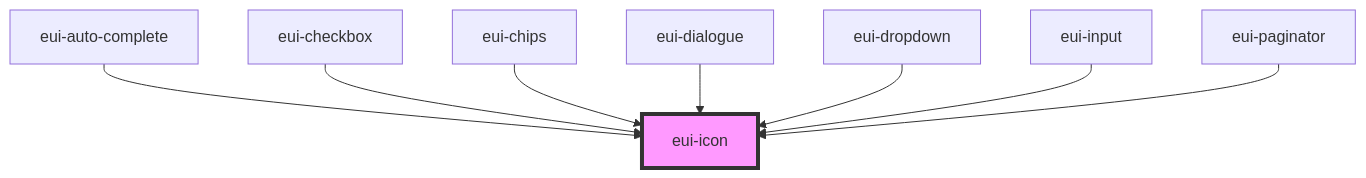
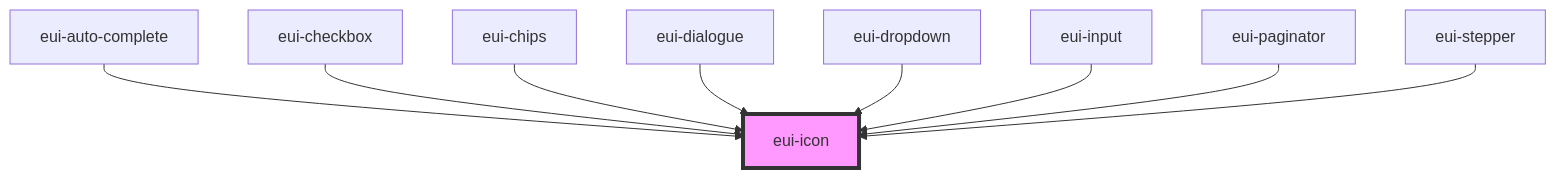
The diagram in ensemble-ui/src/components/icon/readme.md (pnd-amirhosein/U_and_I), drawn with Mermaid before and after one commit. The commit also changed other lines of this file and 17 other files, not shown here.

````diff
--- a/ensemble-ui/src/components/icon/readme.md
+++ b/ensemble-ui/src/components/icon/readme.md
@@ -30,11 +31,12 @@
 ```mermaid
 graph TD;
   eui-auto-complete --> eui-icon
   eui-checkbox --> eui-icon
   eui-chips --> eui-icon
   eui-dialogue --> eui-icon
   eui-dropdown --> eui-icon
   eui-input --> eui-icon
   eui-paginator --> eui-icon
+  eui-stepper --> eui-icon
   style eui-icon fill:#f9f,stroke:#333,stroke-width:4px
 ```
````
